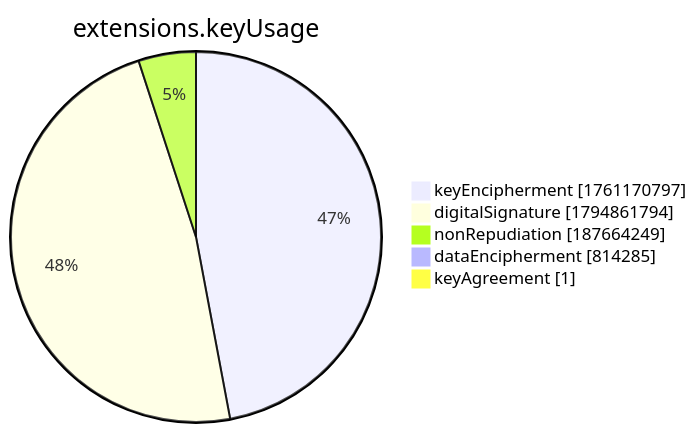
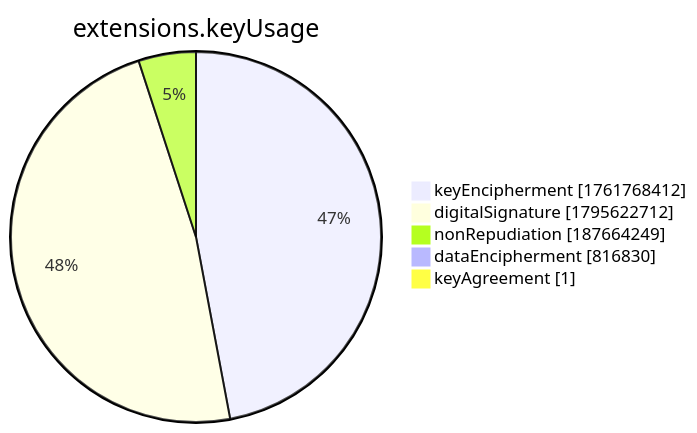
The seventh of 15 diagrams in xenon2022/README.md (christiankrug/ctmonitor_visualization), drawn with Mermaid before and after one commit. The commit also changed other lines of this file, not shown here.

````diff
--- a/xenon2022/README.md
+++ b/xenon2022/README.md
@@ -2859,9 +2859,9 @@
 ```mermaid
 pie showData
 title extensions.keyUsage
-"keyEncipherment" :1761170797
-"digitalSignature" :1794861794
+"keyEncipherment" :1761768412
+"digitalSignature" :1795622712
 "nonRepudiation" :187664249
-"dataEncipherment" :814285
+"dataEncipherment" :816830
 "keyAgreement" :1
 ```
````
